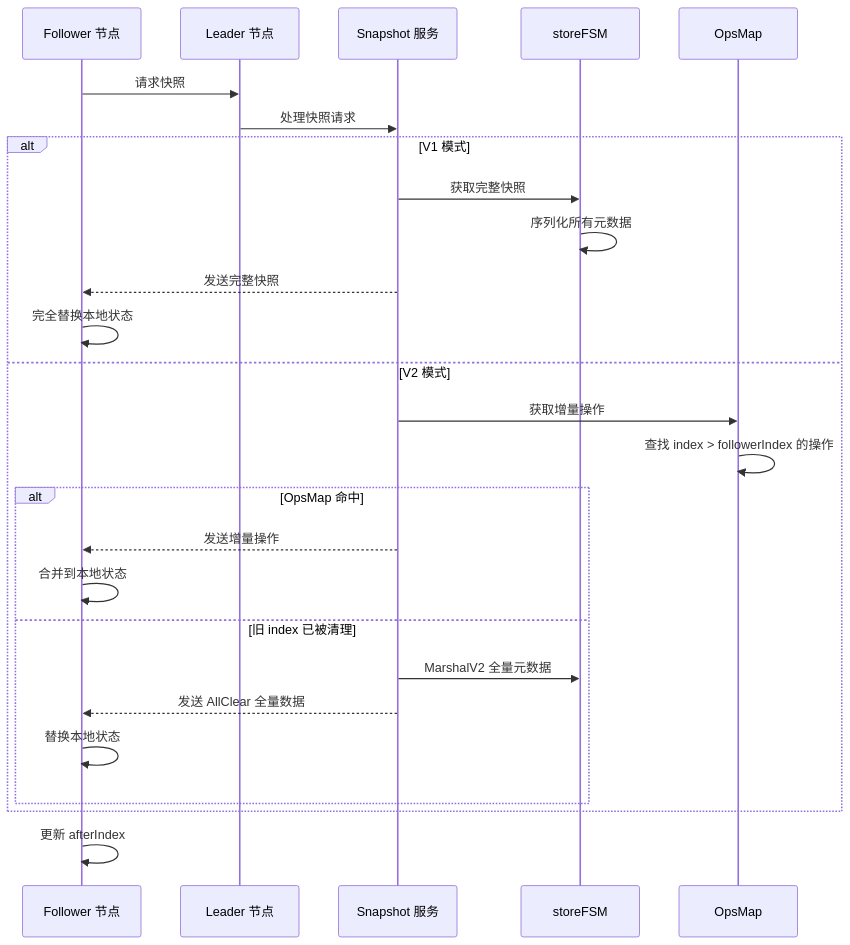
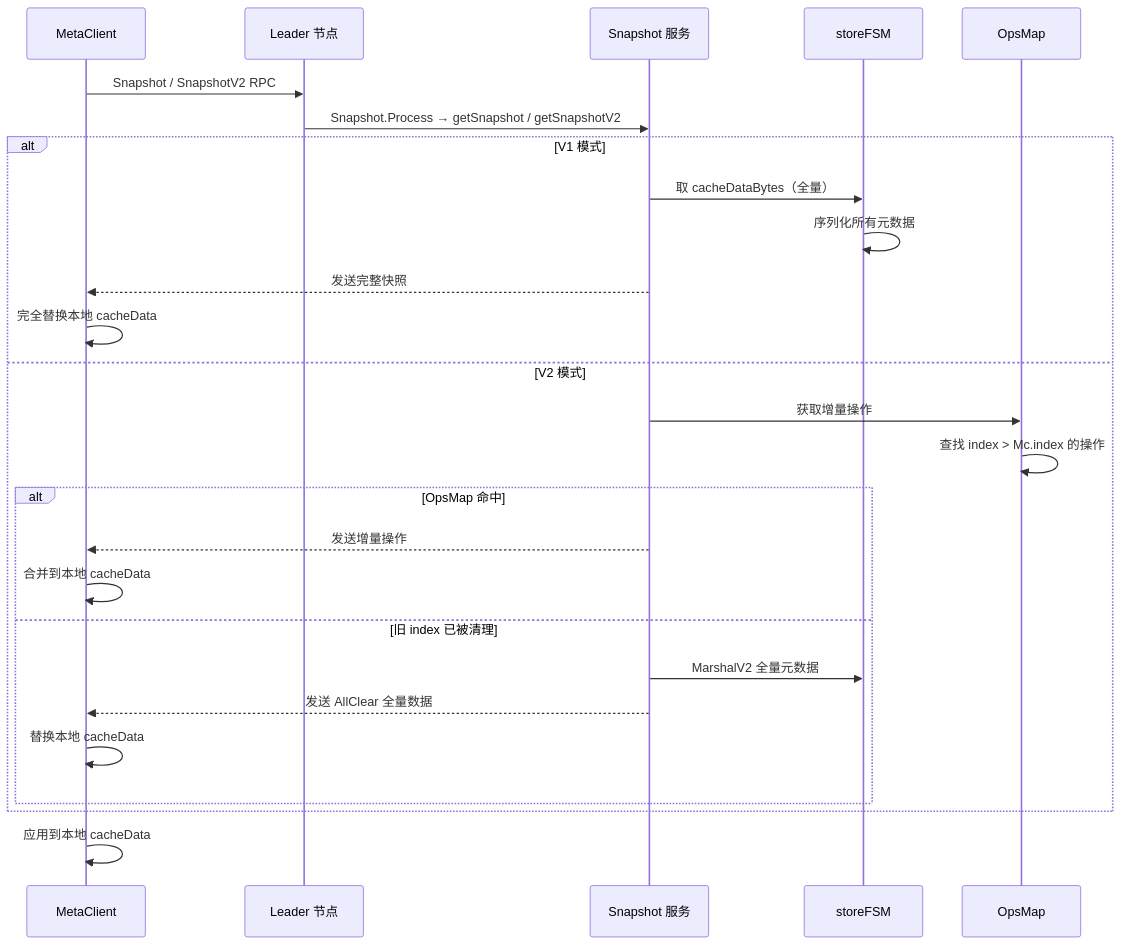
Before and after one commit to stefanv5/openGemini: the ninth of 17 diagrams in docs/specs/07_state_machine_spec.md, drawn with Mermaid. The commit also changed other lines of this file and 37 other files, not shown here.

````diff
--- a/docs/specs/07_state_machine_spec.md
+++ b/docs/specs/07_state_machine_spec.md
@@ -1121,31 +1148,31 @@
 ```mermaid
 sequenceDiagram
-    participant Follower as Follower 节点
+    participant Mc as MetaClient
     participant Leader as Leader 节点
     participant Snap as Snapshot 服务
     participant FSM as storeFSM
     participant OpsMap as OpsMap
 
-    Follower->>Leader: 请求快照
-    Leader->>Snap: 处理快照请求
+    Mc->>Leader: Snapshot / SnapshotV2 RPC
+    Leader->>Snap: Snapshot.Process → getSnapshot / getSnapshotV2
 
     alt V1 模式
-        Snap->>FSM: 获取完整快照
+        Snap->>FSM: 取 cacheDataBytes（全量）
         FSM->>FSM: 序列化所有元数据
-        Snap-->>Follower: 发送完整快照
-        Follower->>Follower: 完全替换本地状态
+        Snap-->>Mc: 发送完整快照
+        Mc->>Mc: 完全替换本地 cacheData
     else V2 模式
         Snap->>OpsMap: 获取增量操作
-        OpsMap->>OpsMap: 查找 index > followerIndex 的操作
+        OpsMap->>OpsMap: 查找 index > Mc.index 的操作
         alt OpsMap 命中
-            Snap-->>Follower: 发送增量操作
-            Follower->>Follower: 合并到本地状态
+            Snap-->>Mc: 发送增量操作
+            Mc->>Mc: 合并到本地 cacheData
         else 旧 index 已被清理
             Snap->>FSM: MarshalV2 全量元数据
-            Snap-->>Follower: 发送 AllClear 全量数据
-            Follower->>Follower: 替换本地状态
+            Snap-->>Mc: 发送 AllClear 全量数据
+            Mc->>Mc: 替换本地 cacheData
         end
     end
 
-    Follower->>Follower: 更新 afterIndex
+    Mc->>Mc: 应用到本地 cacheData
 ```
````
